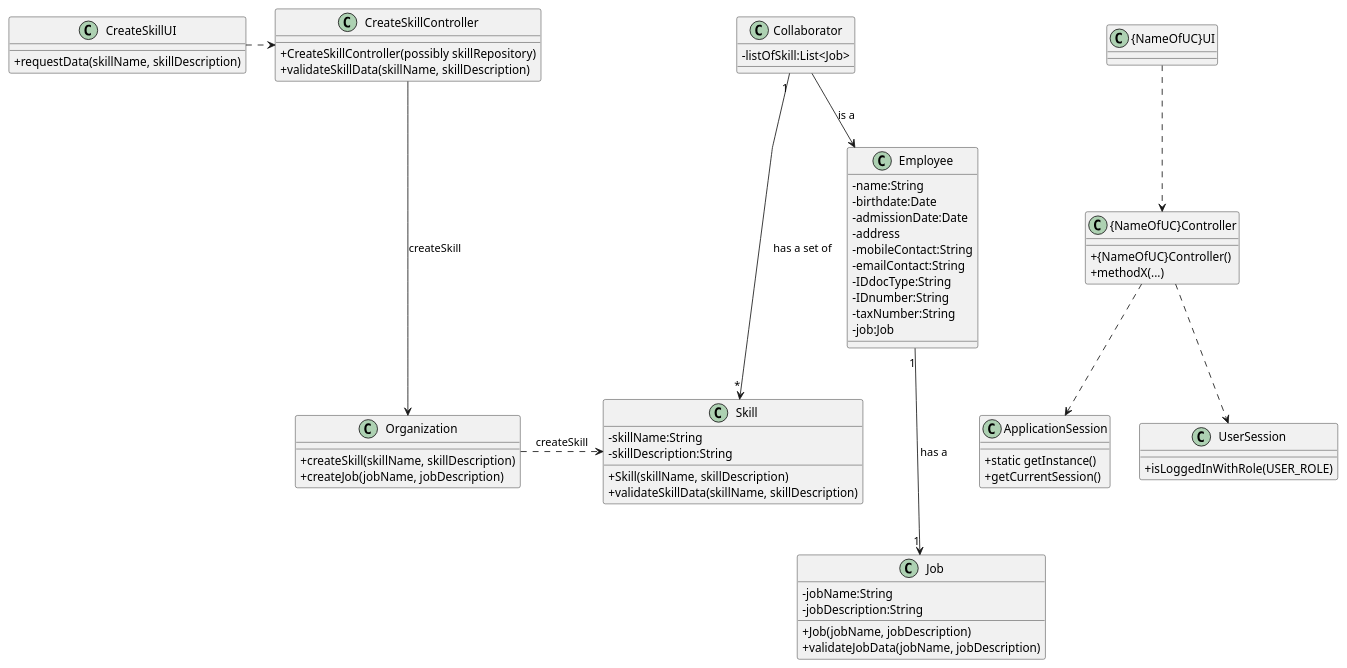
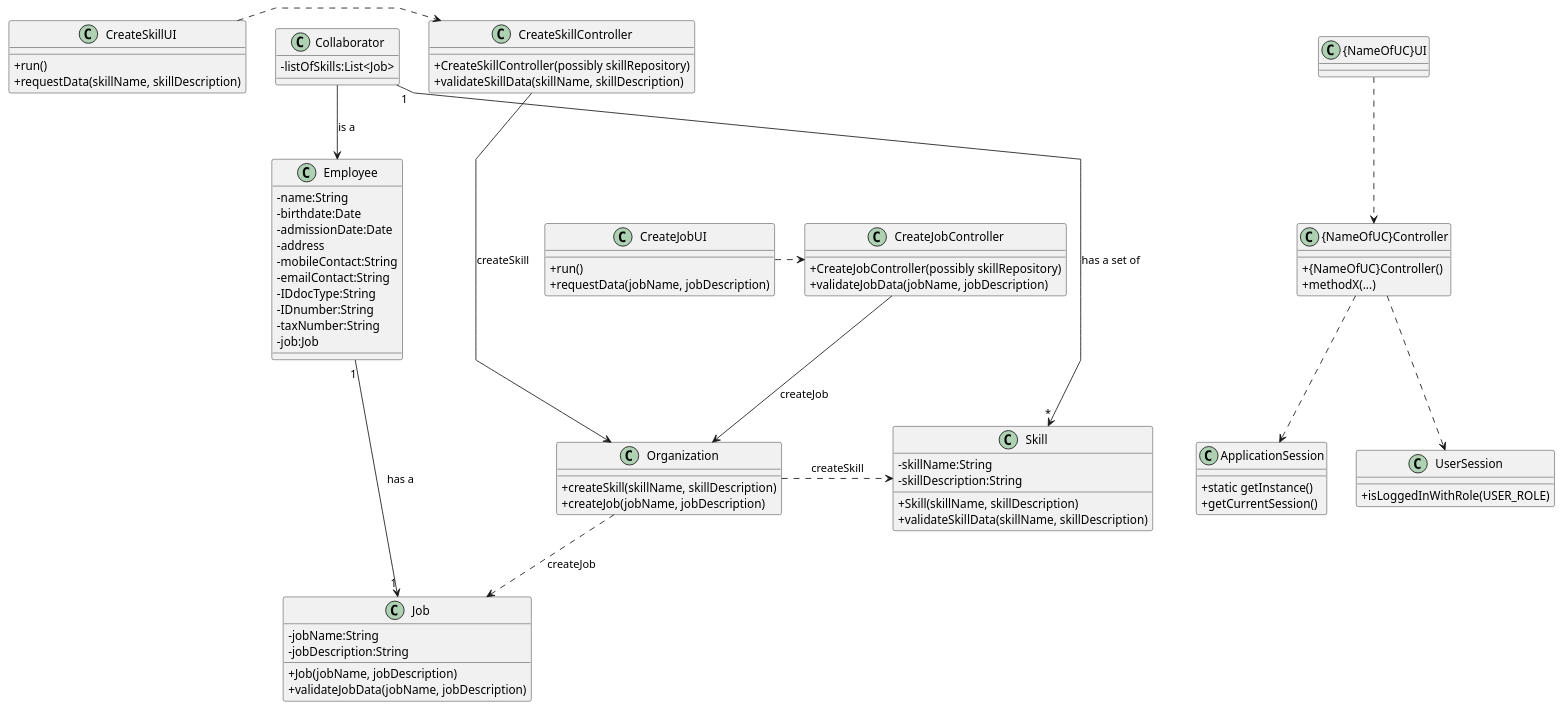
Before and after one commit to Paulo-Pereira-at-ISEP/lei-24-s2-1nanb-g321: the diagram in docs/sprintB/global-artifacts/03.design/puml/class-diagram.puml, drawn with PlantUML.

Commit message:
LGGPM-108 - Global - Design - Class diagram update

```diff
--- a/docs/sprintB/global-artifacts/03.design/puml/class-diagram.puml
+++ b/docs/sprintB/global-artifacts/03.design/puml/class-diagram.puml
@@ -1,94 +1,118 @@
 @startuml
 skinparam classAttributeIconSize 0
 skinparam linetype polyline
 
 
 class ApplicationSession
 {
   +static getInstance()
   +getCurrentSession()
 }
 
 class UserSession
 {
   +isLoggedInWithRole(USER_ROLE)
 }
 
 class "{NameOfUC}Controller" {
     + {NameOfUC}Controller()
     + methodX(...)
 }
 
 class "{NameOfUC}UI" {
 }
 
 
+
+
+class CreateJobUI {
+    +run()
+    +requestData(jobName, jobDescription)
+}
+
+
+
+
+
+class CreateSkillUI {
+    +run()
+    +requestData(skillName, skillDescription)
+}
+
+
 class CreateSkillController {
     + CreateSkillController(possibly skillRepository)
     + validateSkillData(skillName, skillDescription)
 
 }
 
+class CreateJobController {
+    + CreateJobController(possibly skillRepository)
+    + validateJobData(jobName, jobDescription)
 
-class CreateSkillUI {
-    +requestData(skillName, skillDescription)
 }
 
 
 class Employee{
     -name:String
     -birthdate:Date
     -admissionDate:Date
     -address
     -mobileContact:String
     -emailContact:String
     -IDdocType:String
     -IDnumber:String
     -taxNumber:String
     -job:Job
 
 }
 
 class Collaborator {
-    -listOfSkill:List<Job>
+    -listOfSkills:List<Job>
 }
 
 class Organization {
     +createSkill(skillName, skillDescription)
     +createJob(jobName, jobDescription)
 }
 
 
 class Skill {
     -skillName:String
     -skillDescription:String
 
     +Skill(skillName, skillDescription)
     +validateSkillData(skillName, skillDescription)
 }
 
 
 class Job {
     -jobName:String
     -jobDescription:String
 
     +Job(jobName, jobDescription)
     +validateJobData(jobName, jobDescription)
 }
 
 
+CreateJobUI .> CreateJobController
+CreateSkillUI .> CreateSkillController
 
-CreateSkillUI .> CreateSkillController
+CreateJobController -->  Organization : createJob
+CreateSkillController --->  Organization : createSkill
+
 Collaborator "1" ---> "*" Skill : has a set of
 Employee "1" ---> "1" Job : has a
-CreateSkillController --->  Organization : createSkill
+
 Organization .> Skill : createSkill
+Organization .> Job : createJob
+
 Collaborator --> Employee : is a
 
 
 
 "{NameOfUC}UI" ..> "{NameOfUC}Controller"
 "{NameOfUC}Controller" ..> ApplicationSession
 "{NameOfUC}Controller" ..> UserSession
 
 @enduml
```
